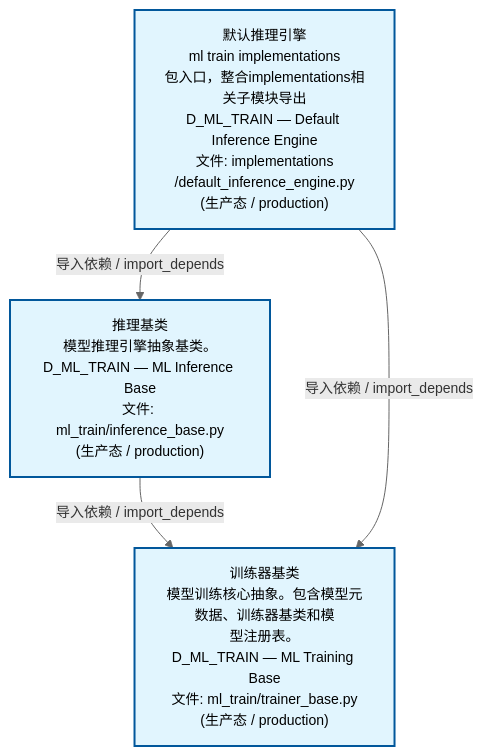
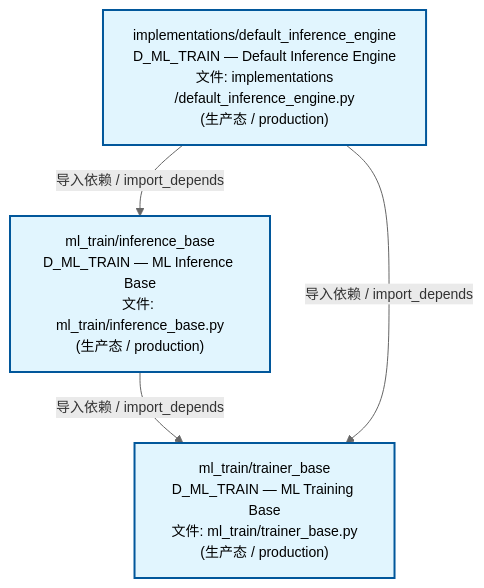
The second of 4 diagrams in docs/02_enterprise_architecture/02_domain_architecture_docs/61_d_ml_train.md (xuanFelixVan/ZephyrAlpha), drawn with Mermaid before and after one commit. The commit also changed other lines of this file and 50 other files, not shown here.

````diff
--- a/docs/02_enterprise_architecture/02_domain_architecture_docs/61_d_ml_train.md
+++ b/docs/02_enterprise_architecture/02_domain_architecture_docs/61_d_ml_train.md
@@ -99,15 +99,15 @@
 ```mermaid
 %%{init: {'theme': 'base', 'themeVariables': {'primaryColor': '#eaeaea', 'primaryTextColor': '#333333', 'primaryBorderColor': '#666666', 'lineColor': '#666666', 'secondaryColor': '#eaeaea', 'tertiaryColor': '#eaeaea', 'fontSize': '14px'}}}%%
 flowchart TD
-    src_zephyr_ml_train_implementations_default_inference_engine_py["默认推理引擎<br/>ml train implementations<br/>包入口，整合implementations相关子模块导出<br/>D_ML_TRAIN — Default Inference Engine<br/>文件: implementations<br/>/default_inference_engine.py<br/>(生产态 / production)"]
-    src_zephyr_ml_train_inference_base_py["推理基类<br/>模型推理引擎抽象基类。<br/>D_ML_TRAIN — ML Inference Base<br/>文件: ml_train/inference_base.py<br/>(生产态 / production)"]
-    src_zephyr_ml_train_trainer_base_py["训练器基类<br/>模型训练核心抽象。包含模型元数据、训练器基类和模<br/>型注册表。<br/>D_ML_TRAIN — ML Training Base<br/>文件: ml_train/trainer_base.py<br/>(生产态 / production)"]
+    src_zephyr_ml_train_implementations_default_inference_engine_py["implementations/default_inference_engine<br/>D_ML_TRAIN — Default Inference Engine<br/>文件: implementations<br/>/default_inference_engine.py<br/>(生产态 / production)"]
+    src_zephyr_ml_train_inference_base_py["ml_train/inference_base<br/>D_ML_TRAIN — ML Inference Base<br/>文件: ml_train/inference_base.py<br/>(生产态 / production)"]
+    src_zephyr_ml_train_trainer_base_py["ml_train/trainer_base<br/>D_ML_TRAIN — ML Training Base<br/>文件: ml_train/trainer_base.py<br/>(生产态 / production)"]
     src_zephyr_ml_train_inference_base_py -->|导入依赖 / import_depends| src_zephyr_ml_train_trainer_base_py
+    src_zephyr_ml_train_implementations_default_inference_engine_py -->|导入依赖 / import_depends| src_zephyr_ml_train_inference_base_py
     src_zephyr_ml_train_implementations_default_inference_engine_py -->|导入依赖 / import_depends| src_zephyr_ml_train_trainer_base_py
-    src_zephyr_ml_train_implementations_default_inference_engine_py -->|导入依赖 / import_depends| src_zephyr_ml_train_inference_base_py
     classDef production fill:#e1f5fe,stroke:#01579b,stroke-width:2px,color:#000
     classDef design fill:#fff3e0,stroke:#e65100,stroke-width:2px,color:#000,stroke-dasharray: 5 5
     classDef external_prod fill:#e8f4fd,stroke:#0277bd,stroke-width:1px,color:#000
     classDef external_design fill:#fff8e7,stroke:#ef6c00,stroke-width:1px,color:#000,stroke-dasharray: 5 5
     class src_zephyr_ml_train_implementations_default_inference_engine_py,src_zephyr_ml_train_inference_base_py,src_zephyr_ml_train_trainer_base_py production
 ```
````
